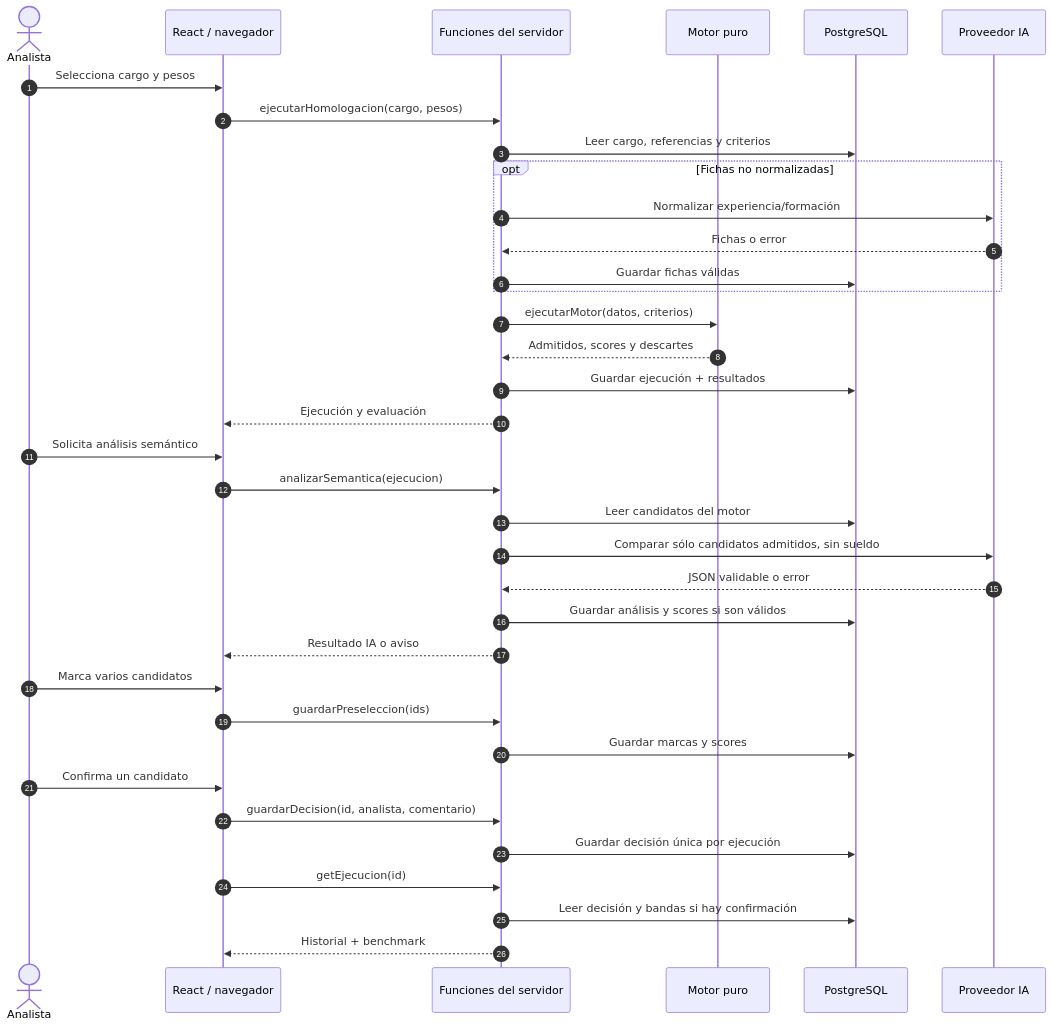
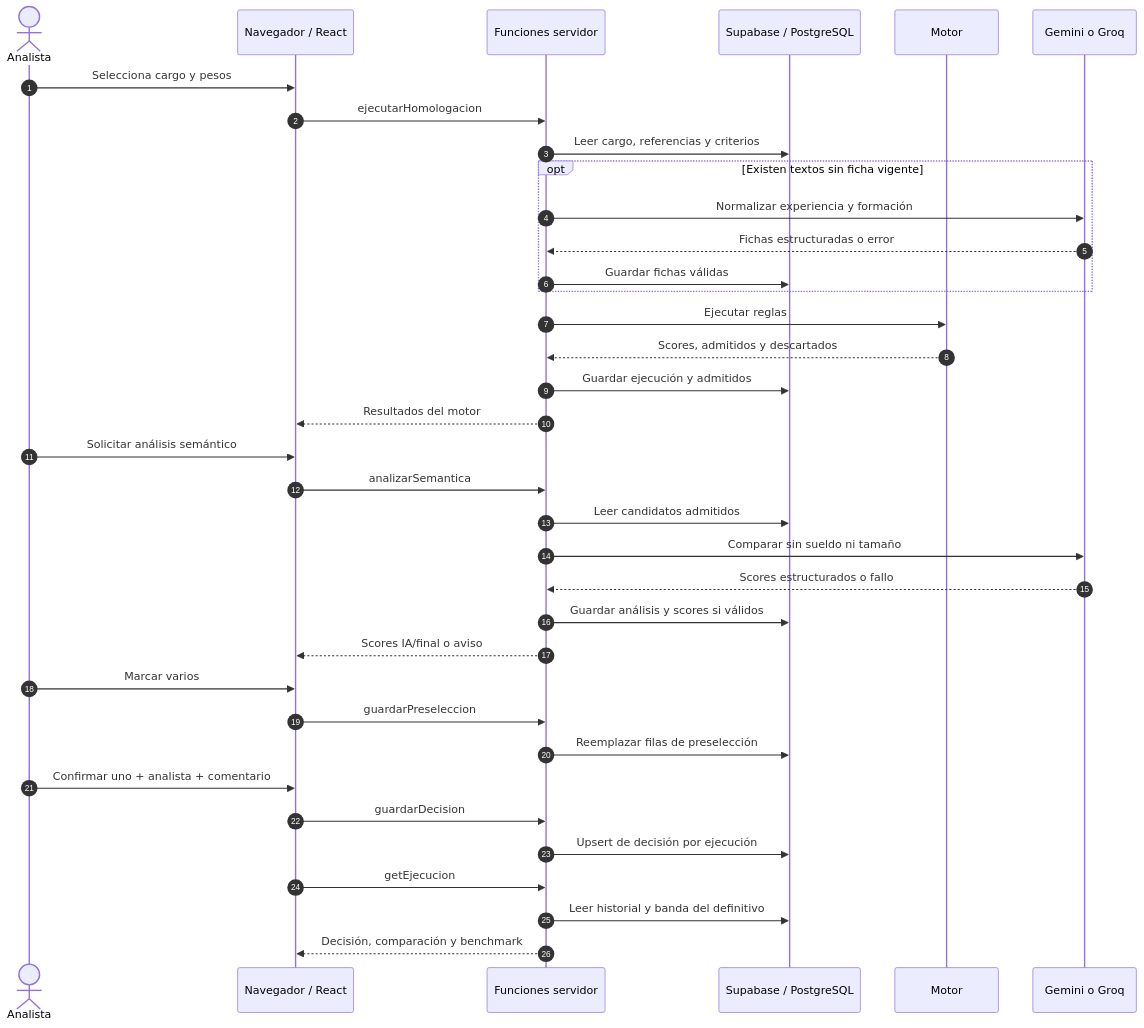
One commit to NicoCG32/Espejo-Homologa changed the second of 4 diagrams in docs/tecnica/05-flujos-y-estados.md. Above: the diagram before and after it, drawn with Mermaid. The commit also changed other lines of this file and 21 other files, not shown here.

````diff
--- a/docs/tecnica/05-flujos-y-estados.md
+++ b/docs/tecnica/05-flujos-y-estados.md
@@ -37,38 +37,38 @@
 ```mermaid
 sequenceDiagram
   autonumber
-  actor Analista
-  participant UI as React / navegador
-  participant RPC as Funciones del servidor
-  participant Motor as Motor puro
-  participant DB as PostgreSQL
-  participant IA as Proveedor IA
-  Analista->>UI: Selecciona cargo y pesos
-  UI->>RPC: ejecutarHomologacion(cargo, pesos)
-  RPC->>DB: Leer cargo, referencias y criterios
-  opt Fichas no normalizadas
-    RPC->>IA: Normalizar experiencia/formación
-    IA-->>RPC: Fichas o error
-    RPC->>DB: Guardar fichas válidas
+  actor A as Analista
+  participant UI as Navegador / React
+  participant SF as Funciones servidor
+  participant DB as Supabase / PostgreSQL
+  participant M as Motor
+  participant AI as Gemini o Groq
+  A->>UI: Selecciona cargo y pesos
+  UI->>SF: ejecutarHomologacion
+  SF->>DB: Leer cargo, referencias y criterios
+  opt Existen textos sin ficha vigente
+    SF->>AI: Normalizar experiencia y formación
+    AI-->>SF: Fichas estructuradas o error
+    SF->>DB: Guardar fichas válidas
   end
-  RPC->>Motor: ejecutarMotor(datos, criterios)
-  Motor-->>RPC: Admitidos, scores y descartes
-  RPC->>DB: Guardar ejecución + resultados
-  RPC-->>UI: Ejecución y evaluación
-  Analista->>UI: Solicita análisis semántico
-  UI->>RPC: analizarSemantica(ejecucion)
-  RPC->>DB: Leer candidatos del motor
-  RPC->>IA: Comparar sólo candidatos admitidos, sin sueldo
-  IA-->>RPC: JSON validable o error
-  RPC->>DB: Guardar análisis y scores si son válidos
-  RPC-->>UI: Resultado IA o aviso
-  Analista->>UI: Marca varios candidatos
-  UI->>RPC: guardarPreseleccion(ids)
-  RPC->>DB: Guardar marcas y scores
-  Analista->>UI: Confirma un candidato
-  UI->>RPC: guardarDecision(id, analista, comentario)
-  RPC->>DB: Guardar decisión única por ejecución
-  UI->>RPC: getEjecucion(id)
-  RPC->>DB: Leer decisión y bandas si hay confirmación
-  RPC-->>UI: Historial + benchmark
+  SF->>M: Ejecutar reglas
+  M-->>SF: Scores, admitidos y descartados
+  SF->>DB: Guardar ejecución y admitidos
+  SF-->>UI: Resultados del motor
+  A->>UI: Solicitar análisis semántico
+  UI->>SF: analizarSemantica
+  SF->>DB: Leer candidatos admitidos
+  SF->>AI: Comparar sin sueldo ni tamaño
+  AI-->>SF: Scores estructurados o fallo
+  SF->>DB: Guardar análisis y scores si válidos
+  SF-->>UI: Scores IA/final o aviso
+  A->>UI: Marcar varios
+  UI->>SF: guardarPreseleccion
+  SF->>DB: Reemplazar filas de preselección
+  A->>UI: Confirmar uno + analista + comentario
+  UI->>SF: guardarDecision
+  SF->>DB: Upsert de decisión por ejecución
+  UI->>SF: getEjecucion
+  SF->>DB: Leer historial y banda del definitivo
+  SF-->>UI: Decisión, comparación y benchmark
 ```
````
